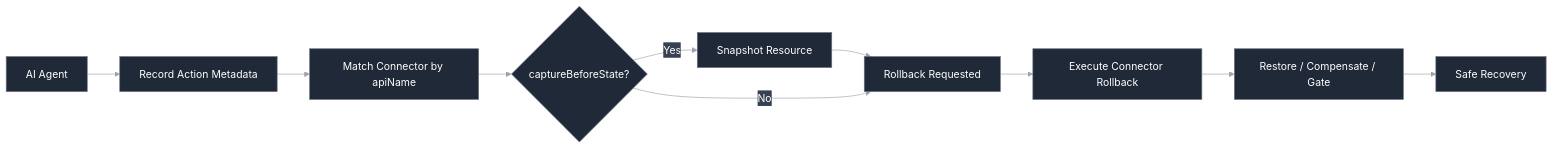
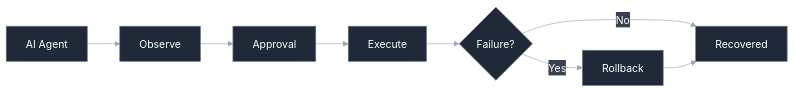
The diagram in profile/README.md (agentrein/.github), drawn with Mermaid before and after one commit. The commit also changed other lines of this file, not shown here.

````diff
--- a/profile/README.md
+++ b/profile/README.md
@@ -25,29 +134,35 @@
 ```mermaid
 %%{init: {
   "theme": "base",
   "themeVariables": {
     "primaryColor": "#1f2937",
     "primaryTextColor": "#ffffff",
     "primaryBorderColor": "#6b7280",
     "lineColor": "#9ca3af",
     "secondaryColor": "#374151",
     "tertiaryColor": "#111827"
   }
 }}%%
 
 flowchart LR
-    A[AI Agent]
-    B[Record Action Metadata]
-    C[Match Connector by apiName]
-    D{captureBeforeState?}
-    E[Snapshot Resource]
-    F[Rollback Requested]
-    G[Execute Connector Rollback]
-    H[Restore / Compensate / Gate]
-    I[Safe Recovery]
 
-    A --> B --> C --> D
-    D -->|Yes| E --> F
-    D -->|No| F
-    F --> G --> H --> I
+A[AI Agent]
+
+B[Observe]
+
+C[Approval]
+
+D[Execute]
+
+E{Failure?}
+
+F[Rollback]
+
+G[Recovered]
+
+A --> B --> C --> D --> E
+
+E -->|No| G
+
+E -->|Yes| F --> G
 ```
````
